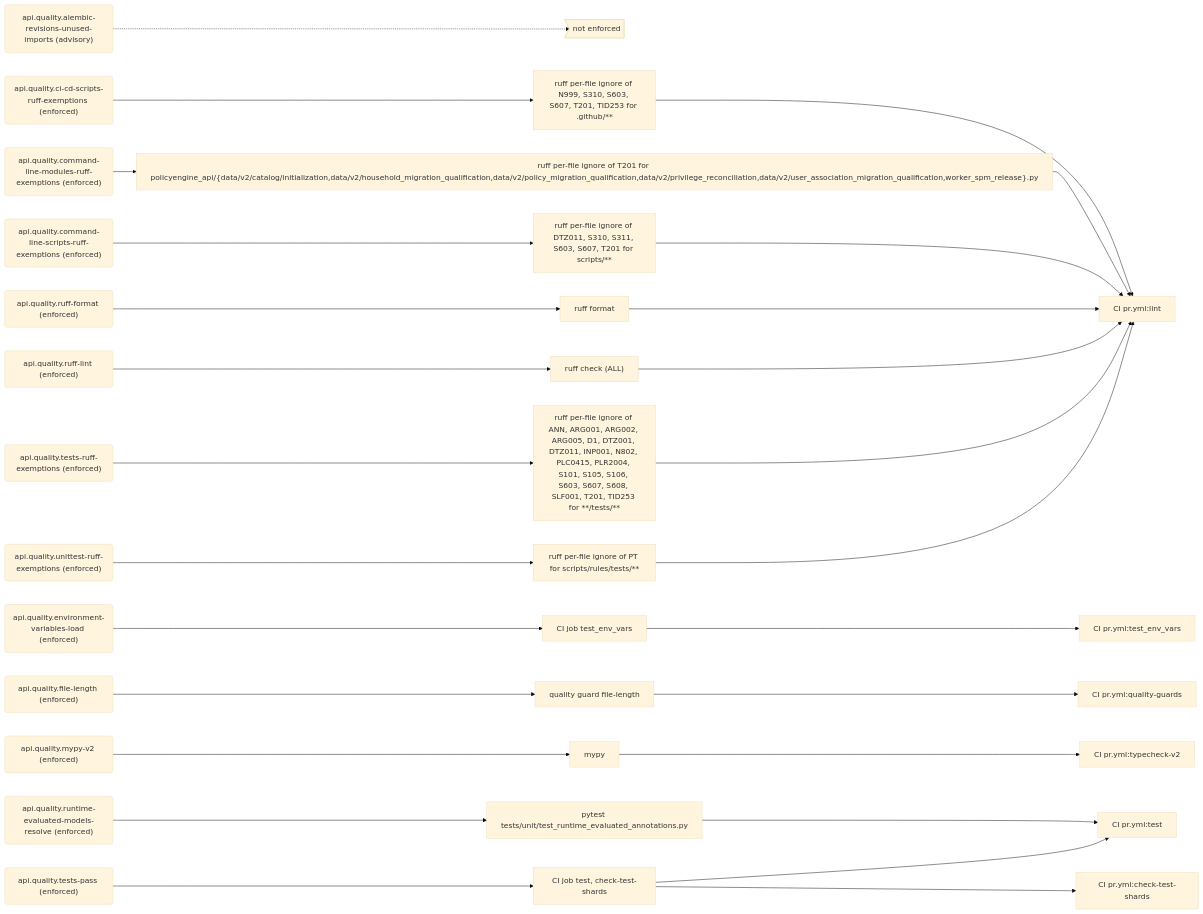
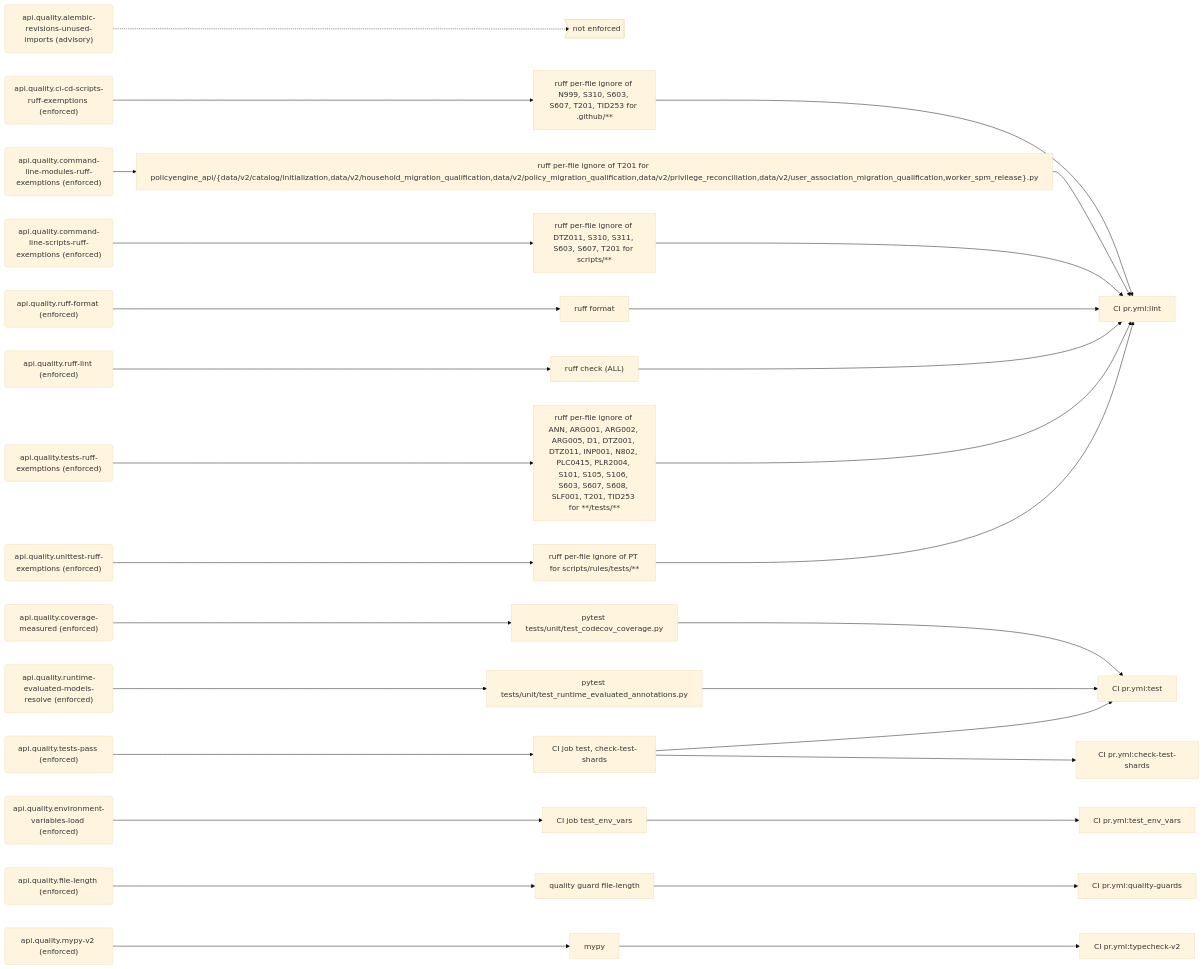
Before and after one commit to PolicyEngine/policyengine-api: the seventh of 11 diagrams in docs/generated/rules.md, drawn with Mermaid (base theme). The commit also changed other lines of this file and 8 other files, not shown here.

First line of the commit message:
Measure the unit tests' coverage on master and flag every upload

````diff
--- a/docs/generated/rules.md
+++ b/docs/generated/rules.md
@@ -369,61 +370,65 @@
 ```mermaid
 flowchart LR
   r_api_quality_alembic_revisions_unused_imports("api.quality.alembic-revisions-unused-imports (advisory)")
   gap_unenforced>"not enforced"]
   r_api_quality_ci_cd_scripts_ruff_exemptions("api.quality.ci-cd-scripts-ruff-exemptions (enforced)")
   e_ruff_per_file_ignore_of_N999__S310__S603__S607__T201__TID253_for__github___["ruff per-file ignore of N999, S310, S603, S607, T201, TID253 for .github/**"]
   j_CI_pr_yml_lint["CI pr.yml:lint"]
   r_api_quality_command_line_modules_ruff_exemptions("api.quality.command-line-modules-ruff-exemptions (enforced)")
   e_ruff_per_file_ignore_of_T201_for_policyengine_api__data_v2_catalog_initialization_data_v2_household_migration_qualification_data_v2_policy_migration_qualification_data_v2_privilege_reconciliation_data_v2_user_association_migration_qualification_worker_spm_release__py["ruff per-file ignore of T201 for policyengine_api/{data/v2/catalog/initialization,data/v2/household_migration_qualification,data/v2/policy_migration_qualification,data/v2/privilege_reconciliation,data/v2/user_association_migration_qualification,worker_spm_release}.py"]
   r_api_quality_command_line_scripts_ruff_exemptions("api.quality.command-line-scripts-ruff-exemptions (enforced)")
   e_ruff_per_file_ignore_of_DTZ011__S310__S311__S603__S607__T201_for_scripts___["ruff per-file ignore of DTZ011, S310, S311, S603, S607, T201 for scripts/**"]
+  r_api_quality_coverage_measured("api.quality.coverage-measured (enforced)")
+  e_pytest_tests_unit_test_codecov_coverage_py["pytest tests/unit/test_codecov_coverage.py"]
+  j_CI_pr_yml_test["CI pr.yml:test"]
   r_api_quality_environment_variables_load("api.quality.environment-variables-load (enforced)")
   e_CI_job_test_env_vars["CI job test_env_vars"]
   j_CI_pr_yml_test_env_vars["CI pr.yml:test_env_vars"]
   r_api_quality_file_length("api.quality.file-length (enforced)")
   e_quality_guard_file_length["quality guard file-length"]
   j_CI_pr_yml_quality_guards["CI pr.yml:quality-guards"]
   r_api_quality_mypy_v2("api.quality.mypy-v2 (enforced)")
   e_mypy["mypy"]
   j_CI_pr_yml_typecheck_v2["CI pr.yml:typecheck-v2"]
   r_api_quality_ruff_format("api.quality.ruff-format (enforced)")
   e_ruff_format["ruff format"]
   r_api_quality_ruff_lint("api.quality.ruff-lint (enforced)")
   e_ruff_check__ALL_["ruff check (ALL)"]
   r_api_quality_runtime_evaluated_models_resolve("api.quality.runtime-evaluated-models-resolve (enforced)")
   e_pytest_tests_unit_test_runtime_evaluated_annotations_py["pytest tests/unit/test_runtime_evaluated_annotations.py"]
-  j_CI_pr_yml_test["CI pr.yml:test"]
   r_api_quality_tests_pass("api.quality.tests-pass (enforced)")
   e_CI_job_test__check_test_shards["CI job test, check-test-shards"]
   j_CI_pr_yml_check_test_shards["CI pr.yml:check-test-shards"]
   r_api_quality_tests_ruff_exemptions("api.quality.tests-ruff-exemptions (enforced)")
   e_ruff_per_file_ignore_of_ANN__ARG001__ARG002__ARG005__D1__DTZ001__DTZ011__INP001__N802__PLC0415__PLR2004__S101__S105__S106__S603__S607__S608__SLF001__T201__TID253_for____tests___["ruff per-file ignore of ANN, ARG001, ARG002, ARG005, D1, DTZ001, DTZ011, INP001, N802, PLC0415, PLR2004, S101, S105, S106, S603, S607, S608, SLF001, T201, TID253 for **/tests/**"]
   r_api_quality_unittest_ruff_exemptions("api.quality.unittest-ruff-exemptions (enforced)")
   e_ruff_per_file_ignore_of_PT_for_scripts_rules_tests___["ruff per-file ignore of PT for scripts/rules/tests/**"]
   r_api_quality_alembic_revisions_unused_imports -.-> gap_unenforced
   r_api_quality_ci_cd_scripts_ruff_exemptions --> e_ruff_per_file_ignore_of_N999__S310__S603__S607__T201__TID253_for__github___
   e_ruff_per_file_ignore_of_N999__S310__S603__S607__T201__TID253_for__github___ --> j_CI_pr_yml_lint
   r_api_quality_command_line_modules_ruff_exemptions --> e_ruff_per_file_ignore_of_T201_for_policyengine_api__data_v2_catalog_initialization_data_v2_household_migration_qualification_data_v2_policy_migration_qualification_data_v2_privilege_reconciliation_data_v2_user_association_migration_qualification_worker_spm_release__py
   e_ruff_per_file_ignore_of_T201_for_policyengine_api__data_v2_catalog_initialization_data_v2_household_migration_qualification_data_v2_policy_migration_qualification_data_v2_privilege_reconciliation_data_v2_user_association_migration_qualification_worker_spm_release__py --> j_CI_pr_yml_lint
   r_api_quality_command_line_scripts_ruff_exemptions --> e_ruff_per_file_ignore_of_DTZ011__S310__S311__S603__S607__T201_for_scripts___
   e_ruff_per_file_ignore_of_DTZ011__S310__S311__S603__S607__T201_for_scripts___ --> j_CI_pr_yml_lint
+  r_api_quality_coverage_measured --> e_pytest_tests_unit_test_codecov_coverage_py
+  e_pytest_tests_unit_test_codecov_coverage_py --> j_CI_pr_yml_test
   r_api_quality_environment_variables_load --> e_CI_job_test_env_vars
   e_CI_job_test_env_vars --> j_CI_pr_yml_test_env_vars
   r_api_quality_file_length --> e_quality_guard_file_length
   e_quality_guard_file_length --> j_CI_pr_yml_quality_guards
   r_api_quality_mypy_v2 --> e_mypy
   e_mypy --> j_CI_pr_yml_typecheck_v2
   r_api_quality_ruff_format --> e_ruff_format
   e_ruff_format --> j_CI_pr_yml_lint
   r_api_quality_ruff_lint --> e_ruff_check__ALL_
   e_ruff_check__ALL_ --> j_CI_pr_yml_lint
   r_api_quality_runtime_evaluated_models_resolve --> e_pytest_tests_unit_test_runtime_evaluated_annotations_py
   e_pytest_tests_unit_test_runtime_evaluated_annotations_py --> j_CI_pr_yml_test
   r_api_quality_tests_pass --> e_CI_job_test__check_test_shards
   e_CI_job_test__check_test_shards --> j_CI_pr_yml_test
   e_CI_job_test__check_test_shards --> j_CI_pr_yml_check_test_shards
   r_api_quality_tests_ruff_exemptions --> e_ruff_per_file_ignore_of_ANN__ARG001__ARG002__ARG005__D1__DTZ001__DTZ011__INP001__N802__PLC0415__PLR2004__S101__S105__S106__S603__S607__S608__SLF001__T201__TID253_for____tests___
   e_ruff_per_file_ignore_of_ANN__ARG001__ARG002__ARG005__D1__DTZ001__DTZ011__INP001__N802__PLC0415__PLR2004__S101__S105__S106__S603__S607__S608__SLF001__T201__TID253_for____tests___ --> j_CI_pr_yml_lint
   r_api_quality_unittest_ruff_exemptions --> e_ruff_per_file_ignore_of_PT_for_scripts_rules_tests___
   e_ruff_per_file_ignore_of_PT_for_scripts_rules_tests___ --> j_CI_pr_yml_lint
 ```
````
